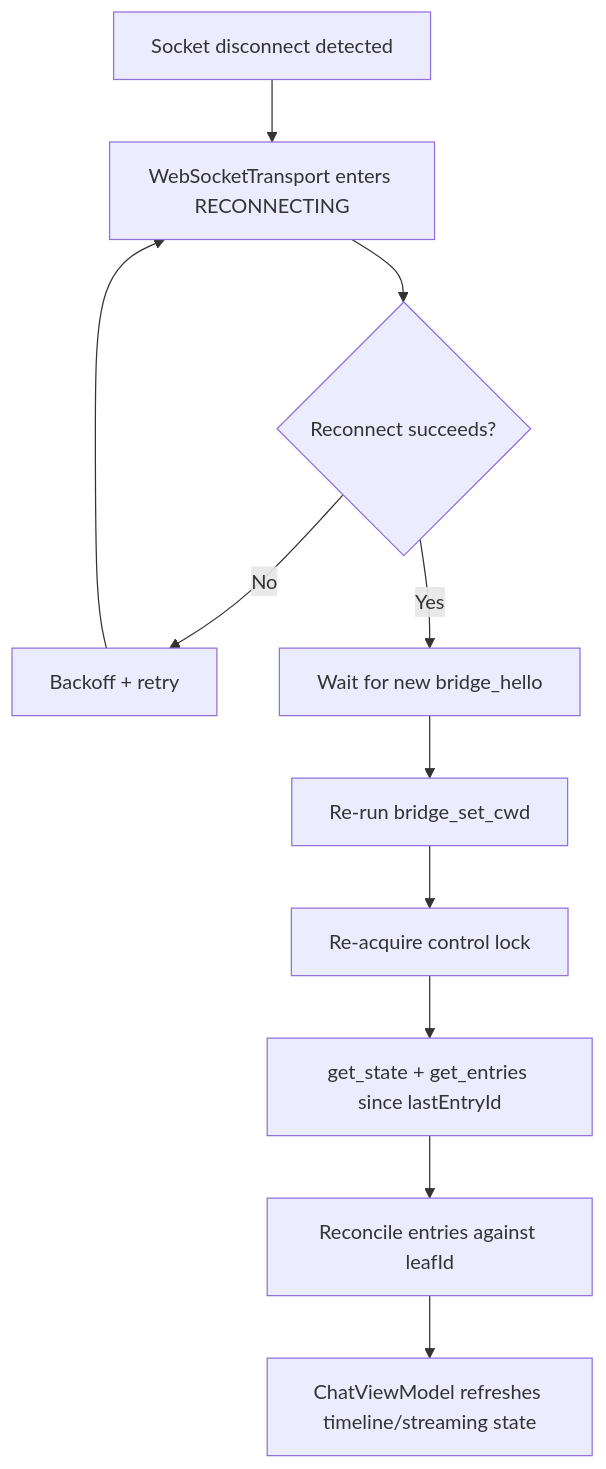
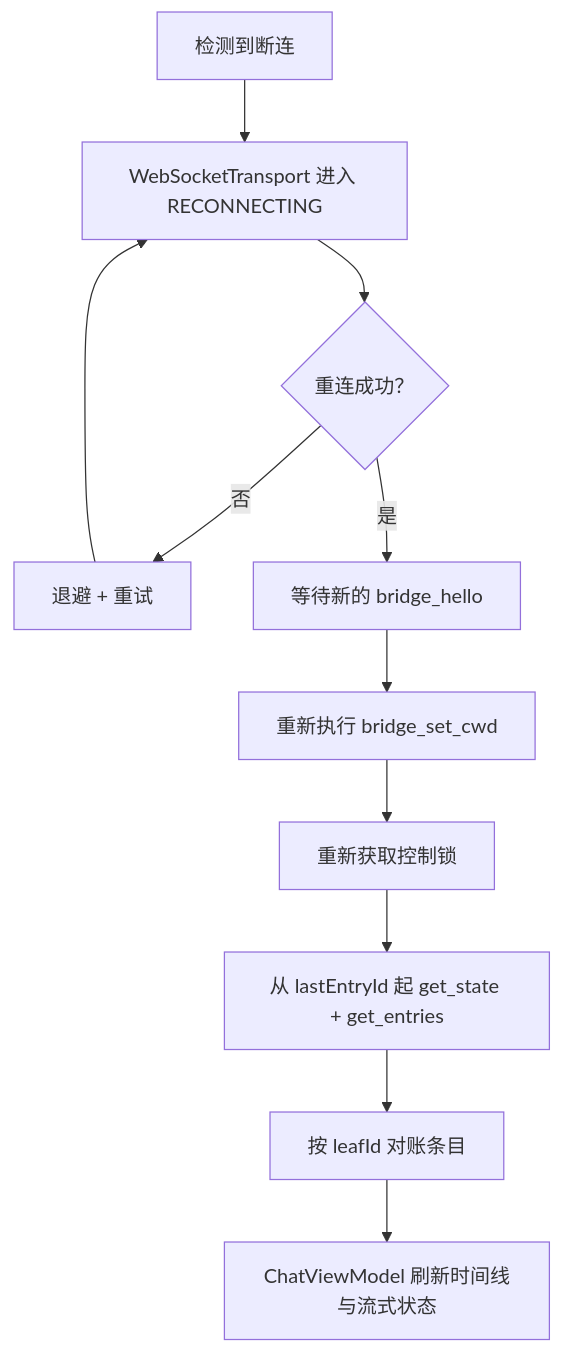
The third of 5 diagrams in docs/architecture.md (GuoZhenKuang/pipilot), drawn with Mermaid before and after one commit. The commit also changed other lines of this file and 7 other files, not shown here.

````diff
--- a/docs/architecture.md
+++ b/docs/architecture.md
@@ -77,15 +77,15 @@
 ```mermaid
 flowchart TD
-    D[Socket disconnect detected] --> R[WebSocketTransport enters RECONNECTING]
-    R --> C{Reconnect succeeds?}
+    D[检测到断连] --> R[WebSocketTransport 进入 RECONNECTING]
+    R --> C{重连成功？}
 
-    C -- No --> B[Backoff + retry]
+    C -- 否 --> B[退避 + 重试]
     B --> R
 
-    C -- Yes --> H[Wait for new bridge_hello]
-    H --> S[Re-run bridge_set_cwd]
-    S --> L[Re-acquire control lock]
-    L --> G[get_state + get_entries since lastEntryId]
-    G --> U[Reconcile entries against leafId]
-    U --> V[ChatViewModel refreshes timeline/streaming state]
+    C -- 是 --> H[等待新的 bridge_hello]
+    H --> S[重新执行 bridge_set_cwd]
+    S --> L[重新获取控制锁]
+    L --> G[从 lastEntryId 起 get_state + get_entries]
+    G --> U[按 leafId 对账条目]
+    U --> V[ChatViewModel 刷新时间线与流式状态]
 ```
````
